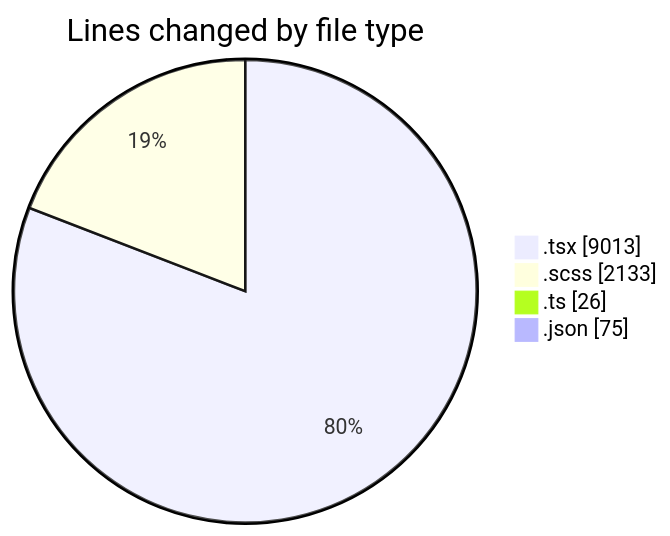
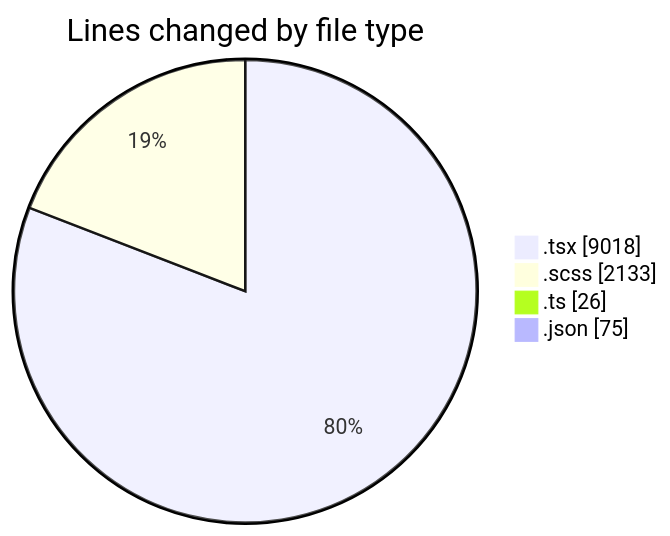
One commit to momahboobian/code-tracking changed the first of 2 diagrams in 2025-04-09/cda/README.md. Above: the diagram before and after it, drawn with Mermaid. The commit also changed other lines of this file and 1 other file, not shown here.

````diff
--- a/2025-04-09/cda/README.md
+++ b/2025-04-09/cda/README.md
@@ -52,8 +52,8 @@
 ```mermaid
 pie showData
 title Lines changed by file type
-".tsx" : 9013
+".tsx" : 9018
 ".scss" : 2133
 ".ts" : 26
 ".json" : 75
 ```
````
